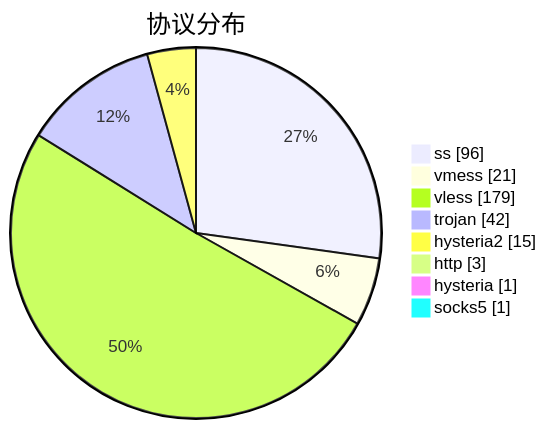
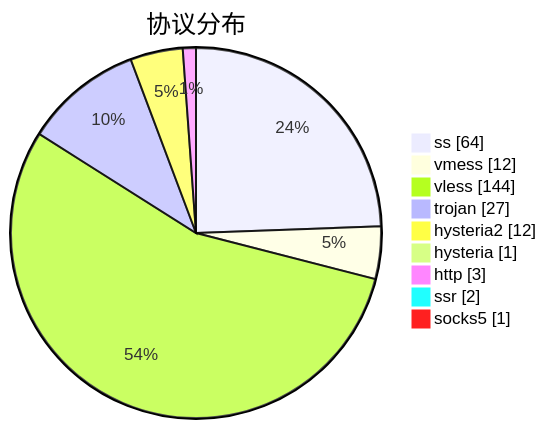
Before and after one commit to sinspired/airport: the third of 3 diagrams in subs/statistics/tested_within.md, drawn with Mermaid. The commit also changed other lines of this file and 2 other files, not shown here.

````diff
--- a/subs/statistics/tested_within.md
+++ b/subs/statistics/tested_within.md
@@ -42,12 +40,13 @@
 ```mermaid
 pie showData
 title 协议分布
-"ss" : 96
-"vmess" : 21
-"vless" : 179
-"trojan" : 42
-"hysteria2" : 15
+"ss" : 64
+"vmess" : 12
+"vless" : 144
+"trojan" : 27
+"hysteria2" : 12
+"hysteria" : 1
 "http" : 3
-"hysteria" : 1
+"ssr" : 2
 "socks5" : 1
 ```
````
